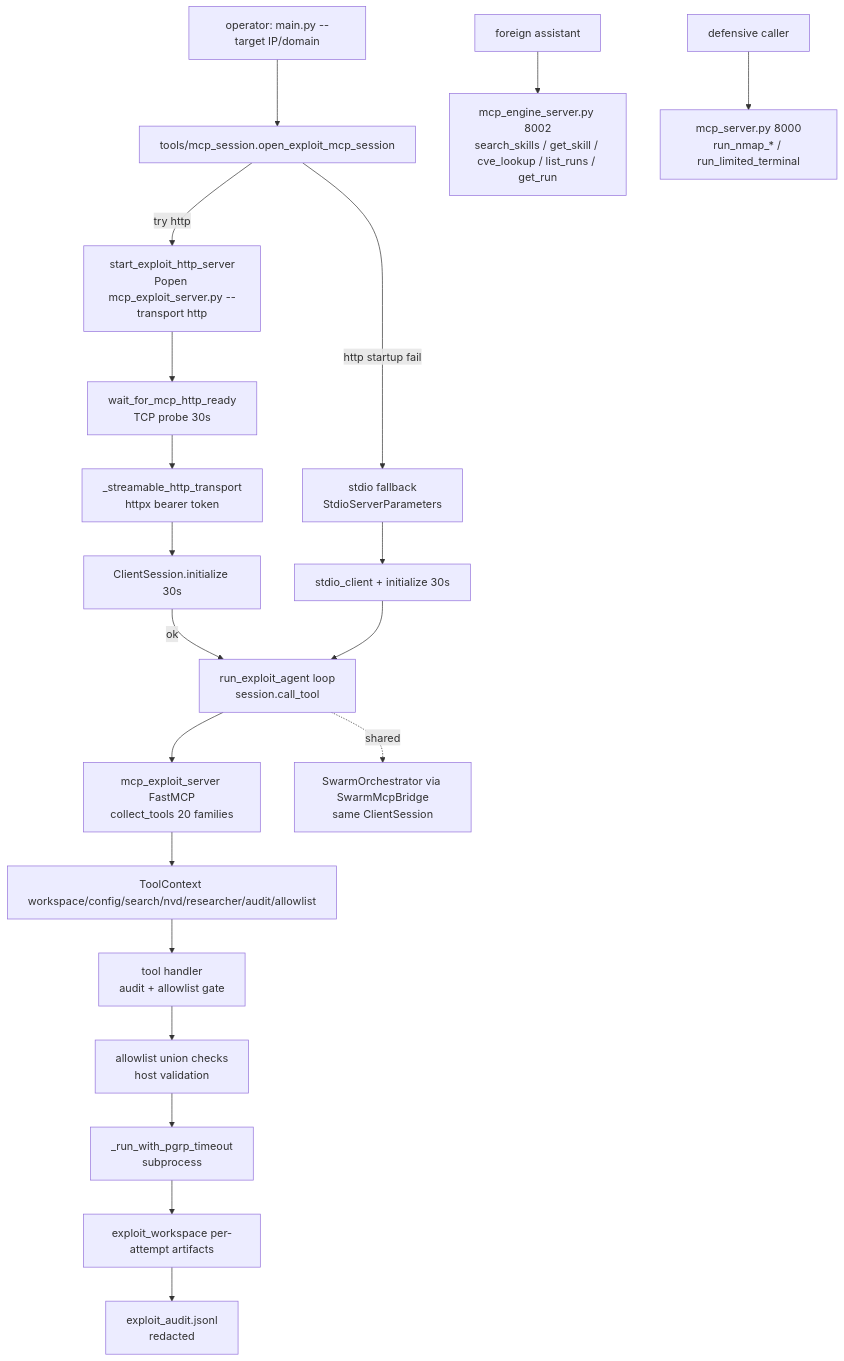
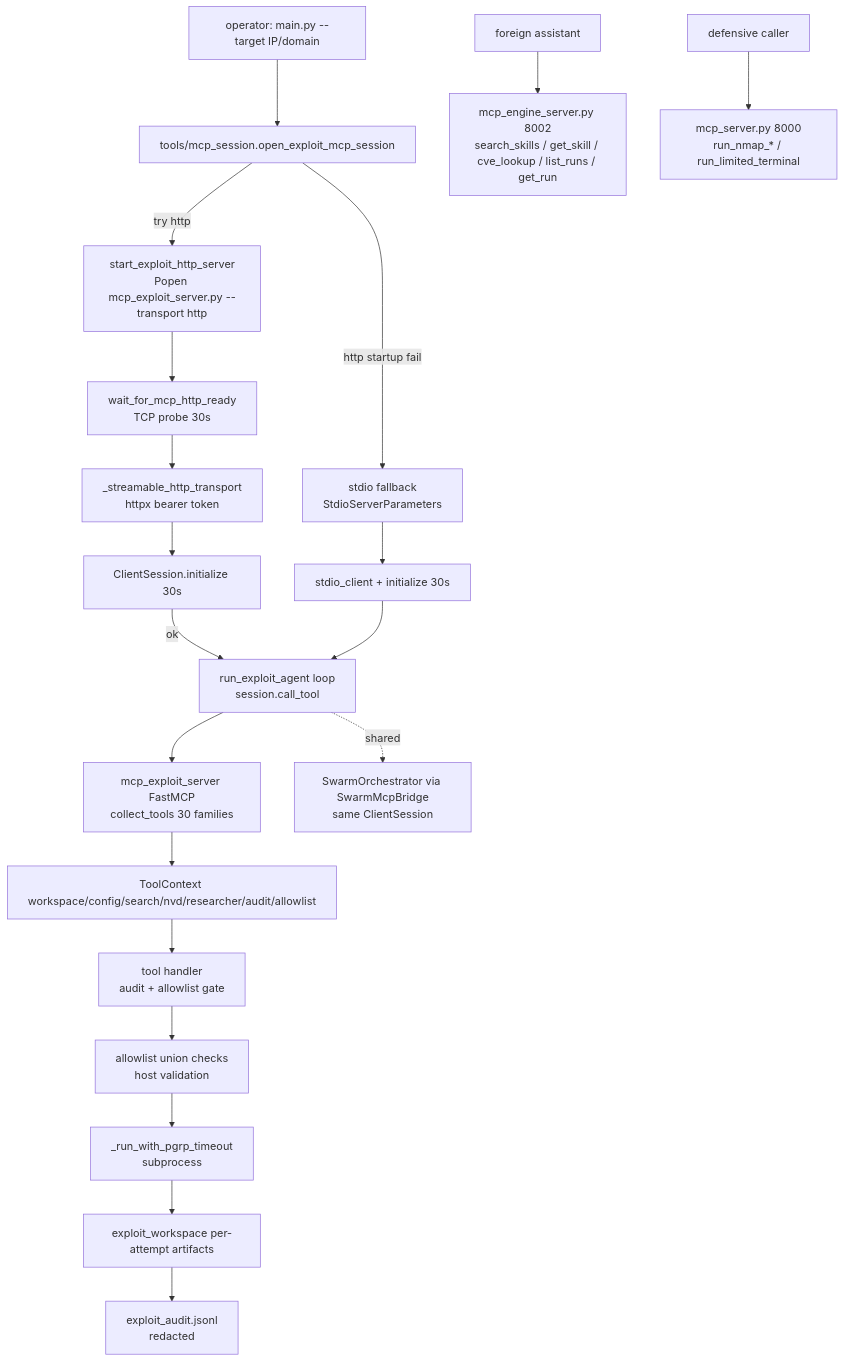
The diagram in docs/mcp/overview.md (braydos-h/BreachPilot), drawn with Mermaid before and after one commit. The commit also changed other lines of this file and 189 other files, not shown here.

````diff
--- a/docs/mcp/overview.md
+++ b/docs/mcp/overview.md
@@ -50,22 +50,22 @@
 ```mermaid
 graph TD
     A[operator: main.py --target IP/domain] --> B[tools/mcp_session.open_exploit_mcp_session]
     B -->|try http| C[start_exploit_http_server\nPopen mcp_exploit_server.py --transport http]
     C --> D[wait_for_mcp_http_ready\nTCP probe 30s]
     D --> E[_streamable_http_transport\nhttpx bearer token]
     E --> F[ClientSession.initialize 30s]
     F -->|ok| G[run_exploit_agent loop\nsession.call_tool]
     B -->|http startup fail| H[stdio fallback\nStdioServerParameters]
     H --> I[stdio_client + initialize 30s]
     I --> G
-    G --> J[mcp_exploit_server FastMCP\ncollect_tools 20 families]
+    G --> J[mcp_exploit_server FastMCP\ncollect_tools 30 families]
     J --> K[ToolContext workspace/config/search/nvd/researcher/audit/allowlist]
     K --> L[tool handler\naudit + allowlist gate]
     L --> M[allowlist union checks\nhost validation]
     M --> N[_run_with_pgrp_timeout\nsubprocess]
     N --> O[exploit_workspace per-attempt artifacts]
     O --> P[exploit_audit.jsonl\nredacted]
     Q[foreign assistant] --> R[mcp_engine_server.py 8002\nsearch_skills / get_skill / cve_lookup / list_runs / get_run]
     S[defensive caller] --> T[mcp_server.py 8000\nrun_nmap_* / run_limited_terminal]
     G -.->|shared| U[SwarmOrchestrator via SwarmMcpBridge\nsame ClientSession]
 ```
````
